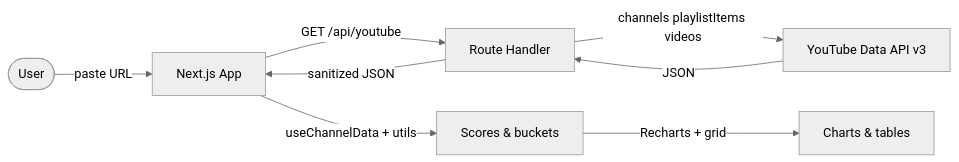
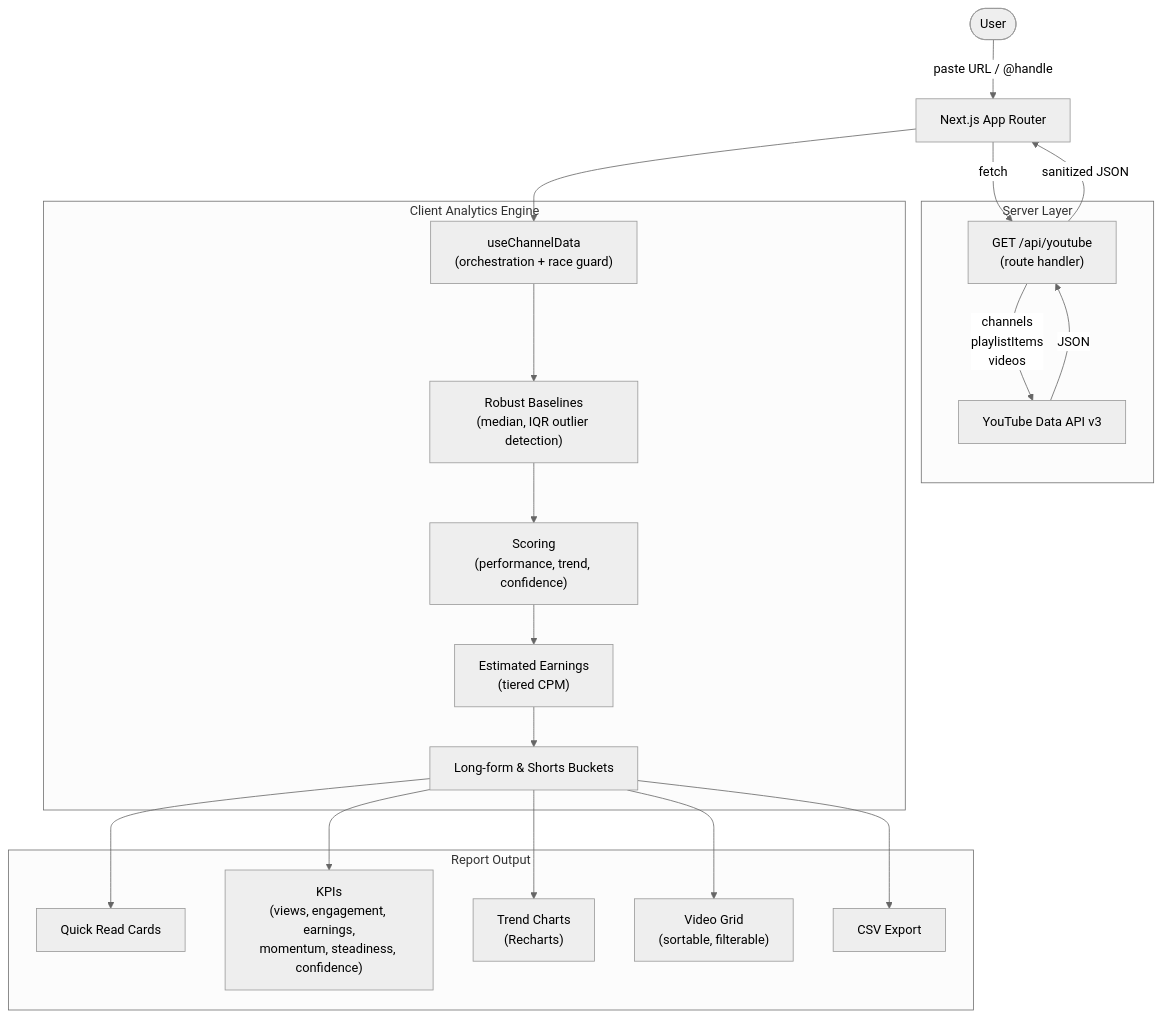
Before and after one commit to rrubayet321/ChannelSpy: the diagram in README.md, drawn with Mermaid (neutral theme). The commit also changed other lines of this file and 6 other files, not shown here.

First line of the commit message:
feat: enhance analytics and UI with estimated earnings feature

````diff
--- a/README.md
+++ b/README.md
@@ -40,10 +42,39 @@
 ```mermaid
-flowchart LR
-    user([User]) -->|paste URL| ui[Next.js App]
-    ui -->|GET /api/youtube| route[Route Handler]
-    route -->|channels playlistItems videos| yt[YouTube Data API v3]
-    yt -->|JSON| route
+flowchart TD
+    user([User]) -->|"paste URL / @handle"| ui[Next.js App Router]
+
+    subgraph server [Server Layer]
+      route["GET /api/youtube\n(route handler)"]
+      yt[YouTube Data API v3]
+      route -->|"channels\nplaylistItems\nvideos"| yt
+      yt -->|JSON| route
+    end
+
+    ui -->|fetch| route
     route -->|sanitized JSON| ui
-    ui -->|useChannelData + utils| metrics[Scores & buckets]
-    metrics -->|Recharts + grid| viz[Charts & tables]
+
+    subgraph client [Client Analytics Engine]
+      hook["useChannelData\n(orchestration + race guard)"]
+      baseline["Robust Baselines\n(median, IQR outlier detection)"]
+      scoring["Scoring\n(performance, trend, confidence)"]
+      earnings["Estimated Earnings\n(tiered CPM)"]
+      buckets["Long-form & Shorts Buckets"]
+      hook --> baseline --> scoring --> earnings --> buckets
+    end
+
+    ui --> hook
+
+    subgraph output [Report Output]
+      quickRead[Quick Read Cards]
+      kpis["KPIs\n(views, engagement, earnings,\nmomentum, steadiness, confidence)"]
+      charts["Trend Charts\n(Recharts)"]
+      grid["Video Grid\n(sortable, filterable)"]
+      csv[CSV Export]
+    end
+
+    buckets --> quickRead
+    buckets --> kpis
+    buckets --> charts
+    buckets --> grid
+    buckets --> csv
 ```
````
